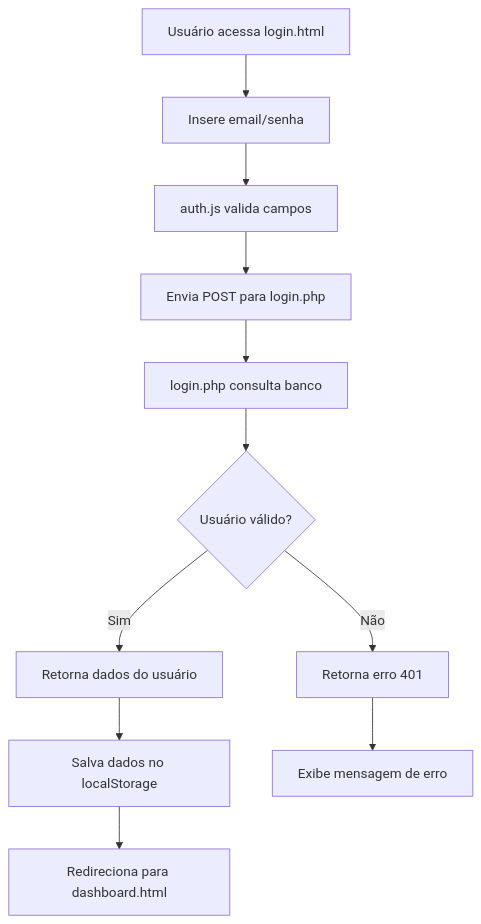
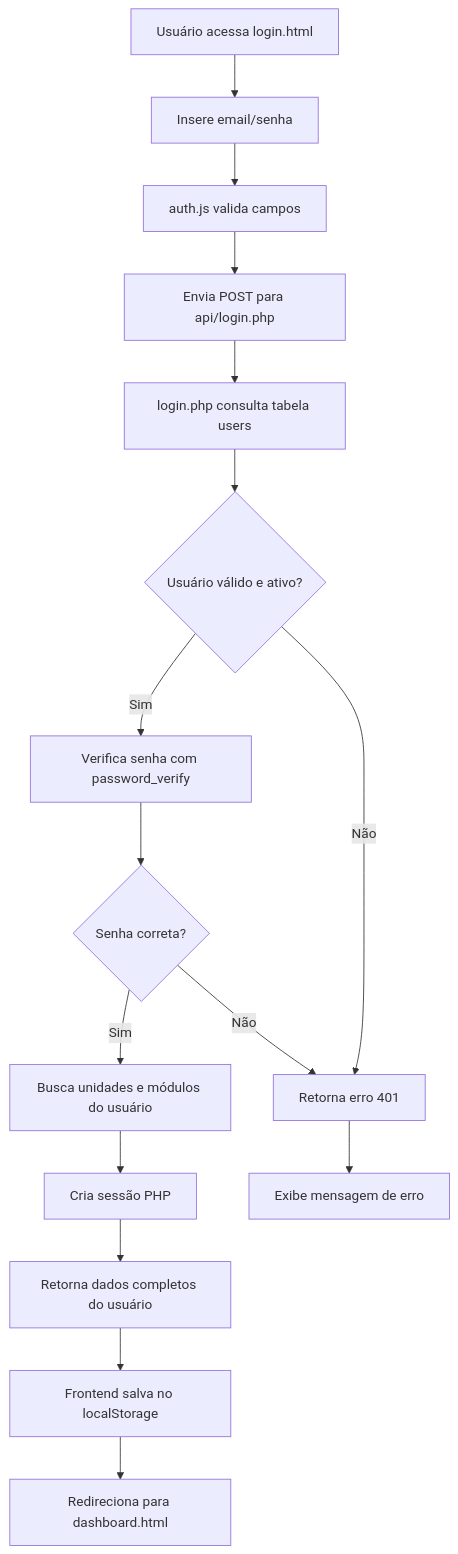
Before and after one commit to DromeProduto/DromeBoard: the diagram in SETUP.md, drawn with Mermaid. The commit also changed other lines of this file and 1 other file, not shown here.

````diff
--- a/SETUP.md
+++ b/SETUP.md
@@ -354,13 +360,18 @@
 ```mermaid
 graph TD
     A[Usuário acessa login.html] --> B[Insere email/senha]
     B --> C[auth.js valida campos]
-    C --> D[Envia POST para login.php]
-    D --> E[login.php consulta banco]
-    E --> F{Usuário válido?}
-    F -->|Sim| G[Retorna dados do usuário]
-    F -->|Não| H[Retorna erro 401]
-    G --> I[Salva dados no localStorage]
-    I --> J[Redireciona para dashboard.html]
-    H --> K[Exibe mensagem de erro]
+    C --> D[Envia POST para api/login.php]
+    D --> E[login.php consulta tabela users]
+    E --> F{Usuário válido e ativo?}
+    F -->|Sim| G[Verifica senha com password_verify]
+    G --> H{Senha correta?}
+    H -->|Sim| I[Busca unidades e módulos do usuário]
+    I --> J[Cria sessão PHP]
+    J --> K[Retorna dados completos do usuário]
+    K --> L[Frontend salva no localStorage]
+    L --> M[Redireciona para dashboard.html]
+    H -->|Não| N[Retorna erro 401]
+    F -->|Não| N
+    N --> O[Exibe mensagem de erro]
 ```
````
